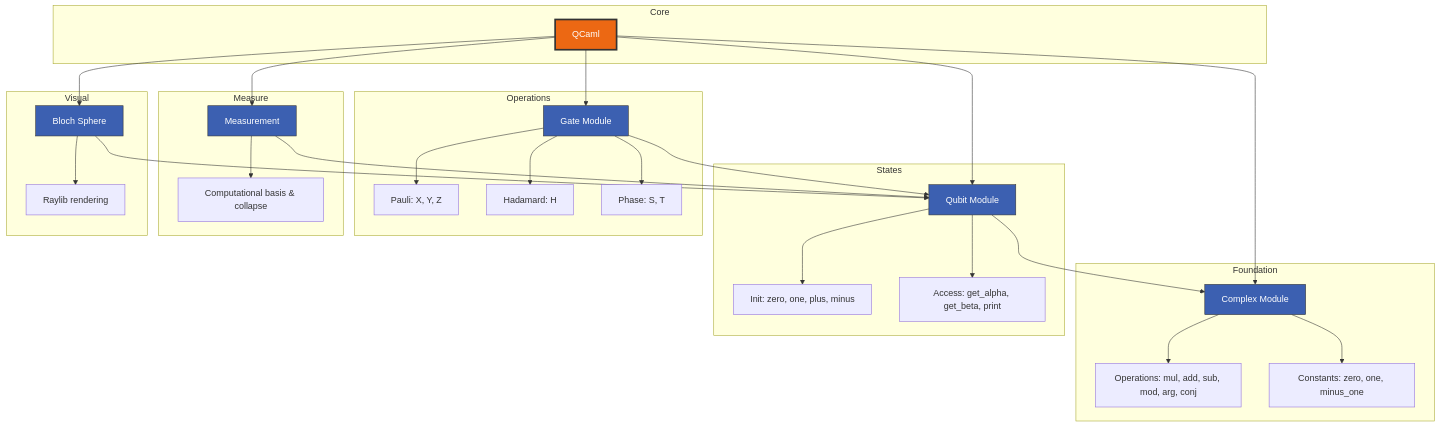
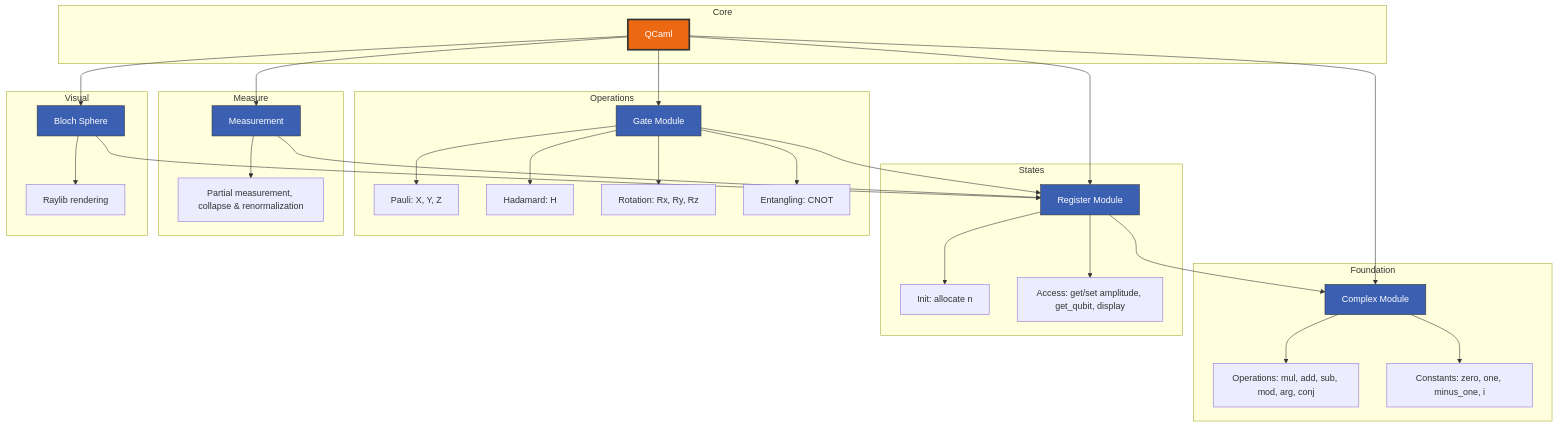
One commit to qcaml/qcaml changed the diagram in README.md. Above: the diagram before and after it, drawn with Mermaid. The commit also changed other lines of this file and 3 other files, not shown here.

````diff
--- a/README.md
+++ b/README.md
@@ -71,61 +68,63 @@
 ```mermaid
 graph TB
     subgraph Core
         A[QCaml]
     end
-    
+
     subgraph Foundation
         B[Complex Module]
         B1[Operations: mul, add, sub, mod, arg, conj]
-        B2[Constants: zero, one, minus_one]
+        B2[Constants: zero, one, minus_one, i]
         B --> B1
         B --> B2
     end
-    
+
     subgraph States
-        C[Qubit Module]
-        C1[Init: zero, one, plus, minus]
-        C2[Access: get_alpha, get_beta, print]
+        C[Register Module]
+        C1[Init: allocate n]
+        C2[Access: get/set amplitude, get_qubit, display]
         C --> C1
         C --> C2
     end
-    
+
     subgraph Operations
         D[Gate Module]
         D1[Pauli: X, Y, Z]
         D2[Hadamard: H]
-        D3[Phase: S, T]
+        D3[Rotation: Rx, Ry, Rz]
+        D4[Entangling: CNOT]
         D --> D1
         D --> D2
         D --> D3
+        D --> D4
     end
-    
+
     subgraph Measure
         E[Measurement]
-        E1[Computational basis & collapse]
+        E1[Partial measurement, collapse & renormalization]
         E --> E1
     end
-    
+
     subgraph Visual
         F[Bloch Sphere]
         F1[Raylib rendering]
         F --> F1
     end
-    
+
     A --> B
     A --> C
     A --> D
     A --> E
-    A --> F    
+    A --> F
     C --> B
     D --> C
     E --> C
     F --> C
-    
+
     style A fill:#ec6813,stroke:#333,stroke-width:3px,color:#fff
     style B fill:#3c60b1,stroke:#333,color:#fff
     style C fill:#3c60b1,stroke:#333,color:#fff
     style D fill:#3c60b1,stroke:#333,color:#fff
     style E fill:#3c60b1,stroke:#333,color:#fff
     style F fill:#3c60b1,stroke:#333,color:#fff
 ```
````
